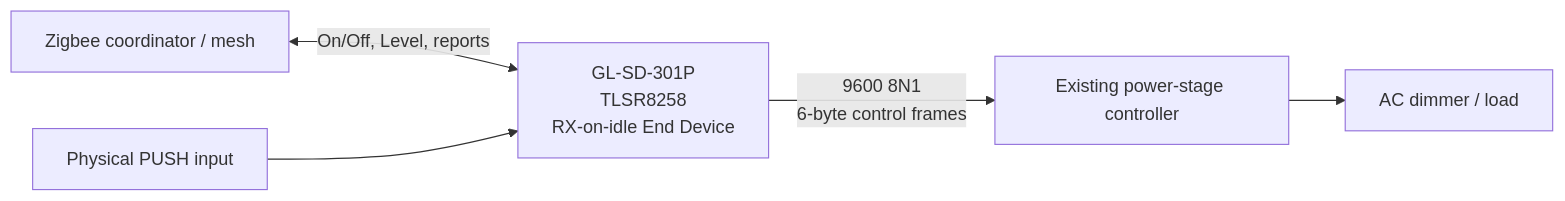
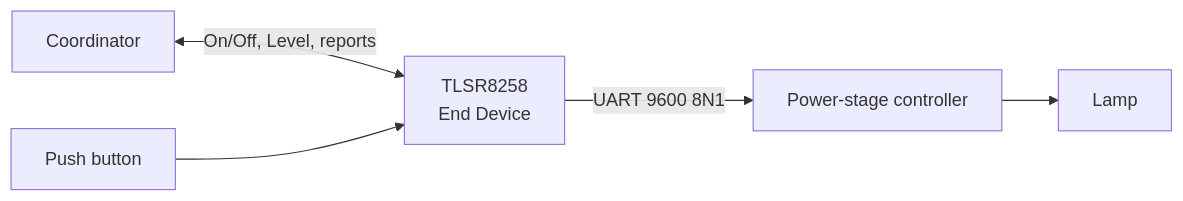
The diagram in README.md (analienx/gledopto), drawn with Mermaid before and after one commit. The commit also changed other lines of this file, not shown here.

````diff
--- a/README.md
+++ b/README.md
@@ -144,7 +136,7 @@
 ```mermaid
 flowchart LR
-    C[Zigbee coordinator / mesh] <-->|On/Off, Level, reports| Z[GL-SD-301P\nTLSR8258\nRX-on-idle End Device]
-    Z -->|9600 8N1\n6-byte control frames| P[Existing power-stage controller]
-    P --> L[AC dimmer / load]
-    B[Physical PUSH input] --> Z
+    C[Coordinator] <-->|On/Off, Level, reports| Z[TLSR8258<br/>End Device]
+    Z -->|UART 9600 8N1| P[Power-stage controller]
+    P --> L[Lamp]
+    B[Push button] --> Z
 ```
````
